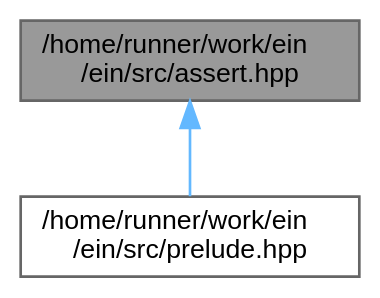
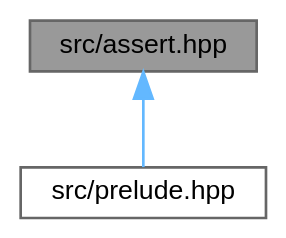
The diagram in db/dd9/assert_8hpp__dep__incl.dot (ekmett/ein), drawn with Graphviz before and after one commit. The commit also changed 79 other files, not shown here.

```diff
--- a/db/dd9/assert_8hpp__dep__incl.dot
+++ b/db/dd9/assert_8hpp__dep__incl.dot
@@ -1,10 +1,10 @@
-digraph "/home/runner/work/ein/ein/src/assert.hpp"
+digraph "src/assert.hpp"
 {
  // LATEX_PDF_SIZE
   bgcolor="transparent";
   edge [fontname=Helvetica,fontsize=10,labelfontname=Helvetica,labelfontsize=10];
   node [fontname=Helvetica,fontsize=10,shape=box,height=0.2,width=0.4];
-  Node1 [id="Node000001",label="/home/runner/work/ein\l/ein/src/assert.hpp",height=0.2,width=0.4,color="gray40", fillcolor="grey60", style="filled", fontcolor="black",tooltip="assert even during release"];
+  Node1 [id="Node000001",label="src/assert.hpp",height=0.2,width=0.4,color="gray40", fillcolor="grey60", style="filled", fontcolor="black",tooltip="assert even during release"];
   Node1 -> Node2 [id="edge1_Node000001_Node000002",dir="back",color="steelblue1",style="solid",tooltip=" "];
-  Node2 [id="Node000002",label="/home/runner/work/ein\l/ein/src/prelude.hpp",height=0.2,width=0.4,color="grey40", fillcolor="white", style="filled",URL="$de/d13/prelude_8hpp.html",tooltip="precompiled header"];
+  Node2 [id="Node000002",label="src/prelude.hpp",height=0.2,width=0.4,color="grey40", fillcolor="white", style="filled",URL="$de/d13/prelude_8hpp.html",tooltip="precompiled header"];
 }
```
